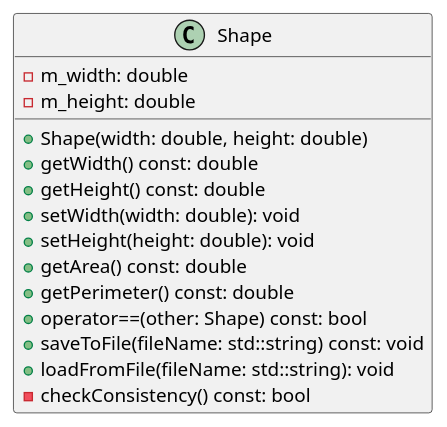
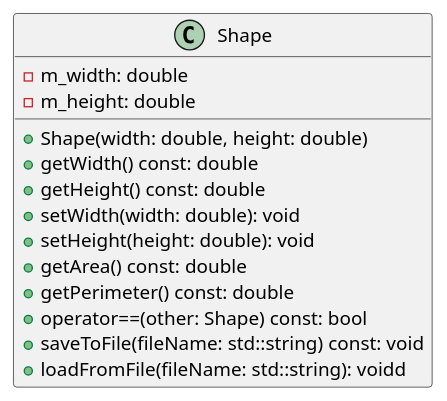
The diagram in Shape/shape.wsd (Mug1vara97/OOP_LabOne), drawn with PlantUML before and after one commit. The commit also changed 1 other file, not shown here.

```diff
--- a/Shape/shape.wsd
+++ b/Shape/shape.wsd
@@ -1,17 +1,16 @@
 @startuml
 class Shape {
     - m_width: double
     - m_height: double
     + Shape(width: double, height: double)
     + getWidth() const: double
     + getHeight() const: double
     + setWidth(width: double): void
     + setHeight(height: double): void
     + getArea() const: double
     + getPerimeter() const: double
     + operator==(other: Shape) const: bool
     + saveToFile(fileName: std::string) const: void
-    + loadFromFile(fileName: std::string): void
-    - checkConsistency() const: bool
+    + loadFromFile(fileName: std::string): voidd
 }
 @enduml
```
